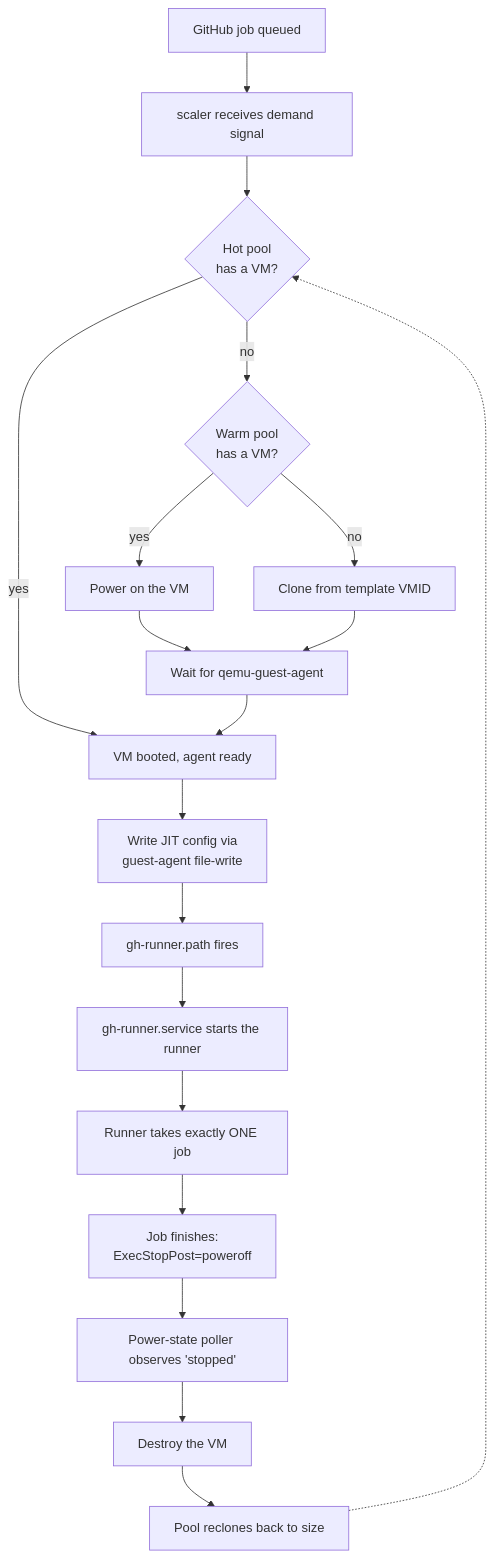
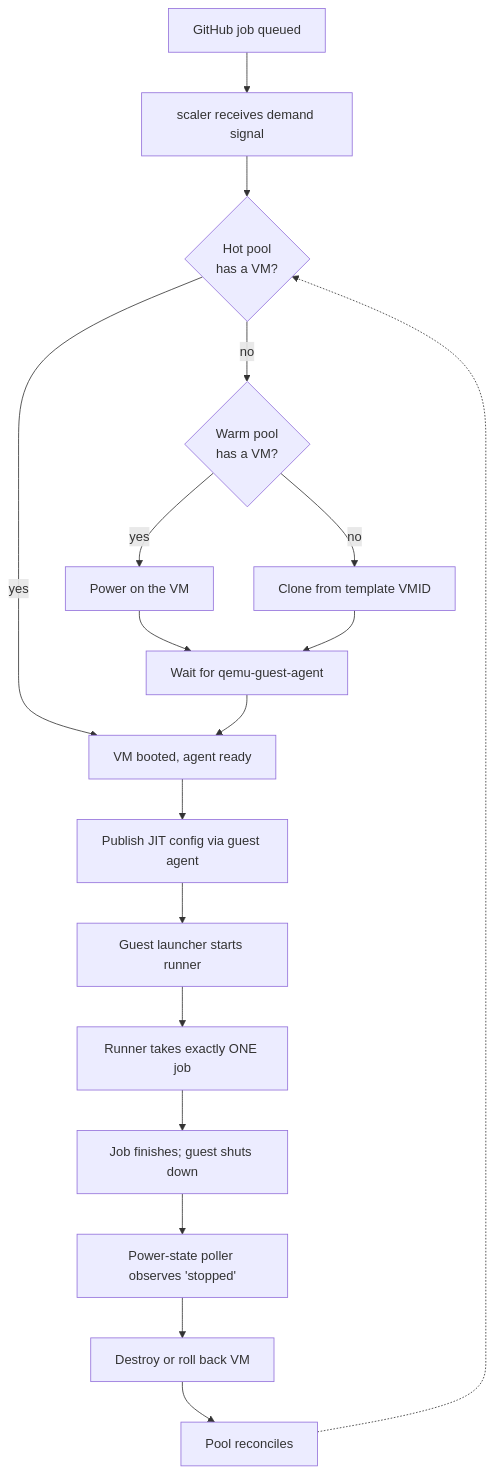
The diagram in docs/architecture.md (JeffResc/actions-runner-scaleset-proxmox), drawn with Mermaid before and after one commit. The commit also changed other lines of this file and 36 other files, not shown here.

````diff
--- a/docs/architecture.md
+++ b/docs/architecture.md
@@ -20,21 +20,20 @@
 ```mermaid
 flowchart TD
     job["GitHub job queued"] --> scaler["scaler receives demand signal"]
     scaler --> hot{"Hot pool<br/>has a VM?"}
     hot -->|yes| ready["VM booted, agent ready"]
     hot -->|no| warm{"Warm pool<br/>has a VM?"}
     warm -->|yes| poweron["Power on the VM"]
     warm -->|no| clone["Clone from template VMID"]
     poweron --> agent["Wait for qemu-guest-agent"]
     clone --> agent
     agent --> ready
-    ready --> inject["Write JIT config via<br/>guest-agent file-write"]
-    inject --> pathunit["gh-runner.path fires"]
-    pathunit --> service["gh-runner.service starts the runner"]
-    service --> onejob["Runner takes exactly ONE job"]
-    onejob --> stop["Job finishes:<br/>ExecStopPost=poweroff"]
+    ready --> inject["Publish JIT config via guest agent"]
+    inject --> launcher["Guest launcher starts runner"]
+    launcher --> onejob["Runner takes exactly ONE job"]
+    onejob --> stop["Job finishes; guest shuts down"]
     stop --> poller["Power-state poller observes 'stopped'"]
-    poller --> destroy["Destroy the VM"]
-    destroy --> refill["Pool reclones back to size"]
+    poller --> destroy["Destroy or roll back VM"]
+    destroy --> refill["Pool reconciles"]
     refill -.-> hot
 ```
````
